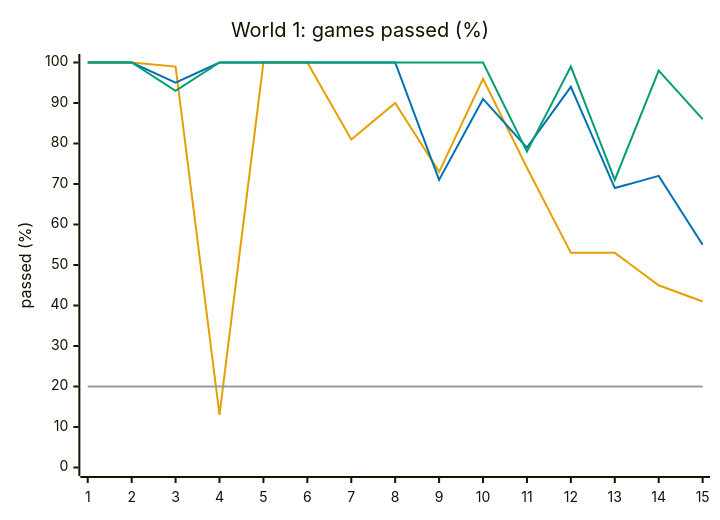
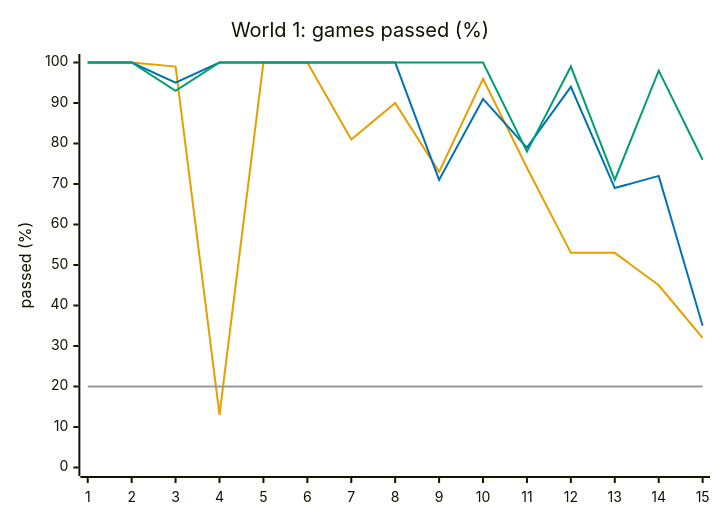
The first of 8 diagrams in docs/design/difficulty.md (Pavelya/dots), drawn with Mermaid before and after one commit. The commit also changed other lines of this file and 35 other files, not shown here.

````diff
--- a/docs/design/difficulty.md
+++ b/docs/design/difficulty.md
@@ -155,11 +160,11 @@
 ```mermaid
 %%{init: {"themeVariables": {"xyChart": {"plotColorPalette": "#E69F00, #0072B2, #009E73, #999999"}}}}%%
 xychart-beta
     title "World 1: games passed (%)"
     x-axis ["1", "2", "3", "4", "5", "6", "7", "8", "9", "10", "11", "12", "13", "14", "15"]
     y-axis "passed (%)" 0 --> 100
-    line [100, 100, 99, 13, 100, 100, 81, 90, 73, 96, 74, 53, 53, 45, 41]
-    line [100, 100, 95, 100, 100, 100, 100, 100, 71, 91, 79, 94, 69, 72, 55]
-    line [100, 100, 93, 100, 100, 100, 100, 100, 100, 100, 78, 99, 71, 98, 86]
+    line [100, 100, 99, 13, 100, 100, 81, 90, 73, 96, 74, 53, 53, 45, 32]
+    line [100, 100, 95, 100, 100, 100, 100, 100, 71, 91, 79, 94, 69, 72, 35]
+    line [100, 100, 93, 100, 100, 100, 100, 100, 100, 100, 78, 99, 71, 98, 76]
     line [20, 20, 20, 20, 20, 20, 20, 20, 20, 20, 20, 20, 20, 20, 20]
 ```
````
